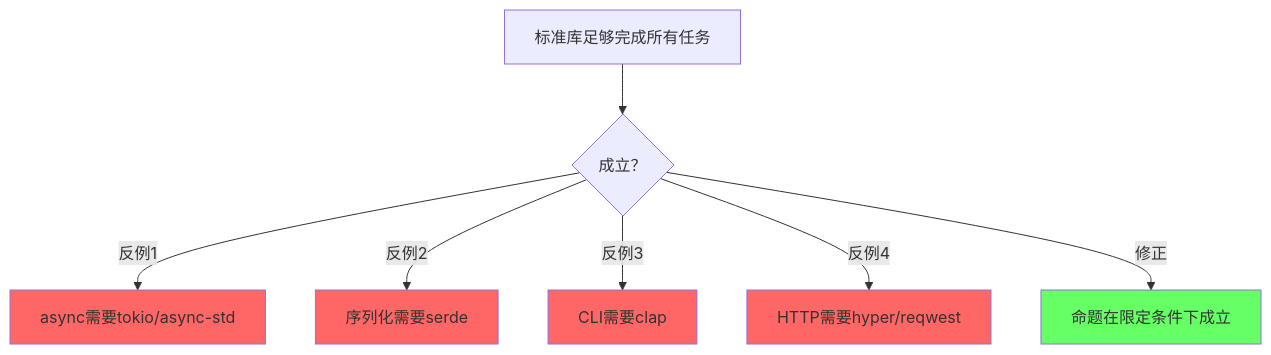
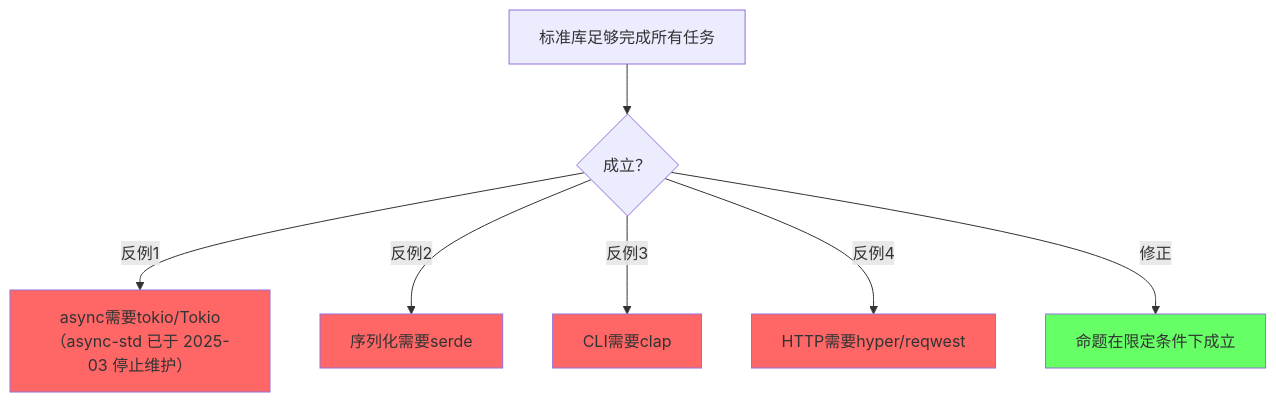
One commit to martin-ly/rust-lang changed the fourth of 6 diagrams in concept/06_ecosystem/03_core_crates.md. Above: the diagram before and after it, drawn with Mermaid. The commit also changed other lines of this file and 53 other files, not shown here.

````diff
--- a/concept/06_ecosystem/03_core_crates.md
+++ b/concept/06_ecosystem/03_core_crates.md
@@ -917,27 +917,27 @@
 ```mermaid
 
 graph TD
 
     P1["标准库足够完成所有任务"] --> Q{成立？}
 
-    Q -->|反例1| C1_0["async需要tokio/async-std"]
+    Q -->|反例1| C1_0["async需要tokio/Tokio（async-std 已于 2025-03 停止维护）"]
 
     style C1_0 fill:#f66
 
     Q -->|反例2| C1_1["序列化需要serde"]
 
     style C1_1 fill:#f66
 
     Q -->|反例3| C1_2["CLI需要clap"]
 
     style C1_2 fill:#f66
 
     Q -->|反例4| C1_3["HTTP需要hyper/reqwest"]
 
     style C1_3 fill:#f66
 
     Q -->|修正| T1["命题在限定条件下成立"]
 
     style T1 fill:#6f6
 
 ```
````
